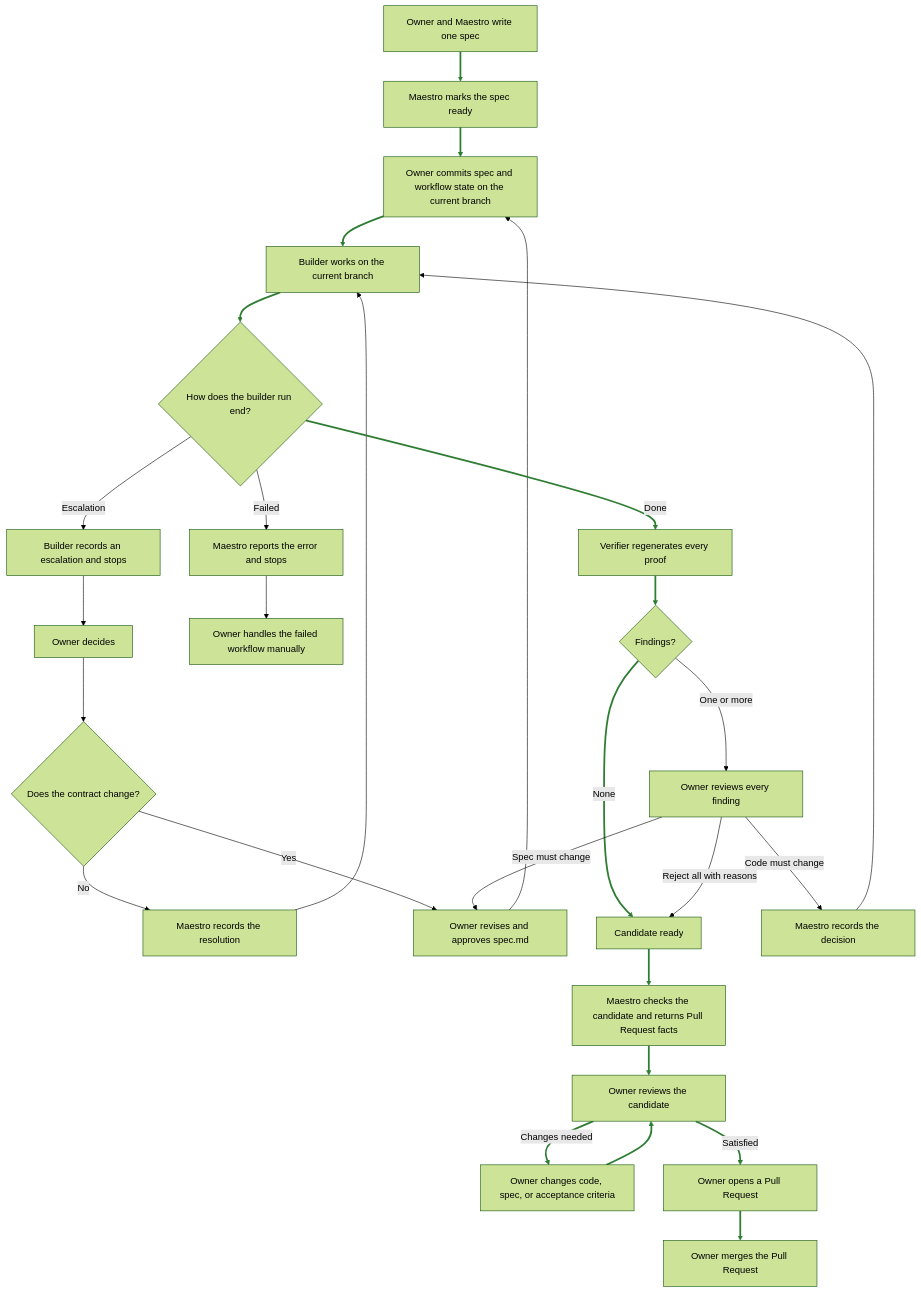
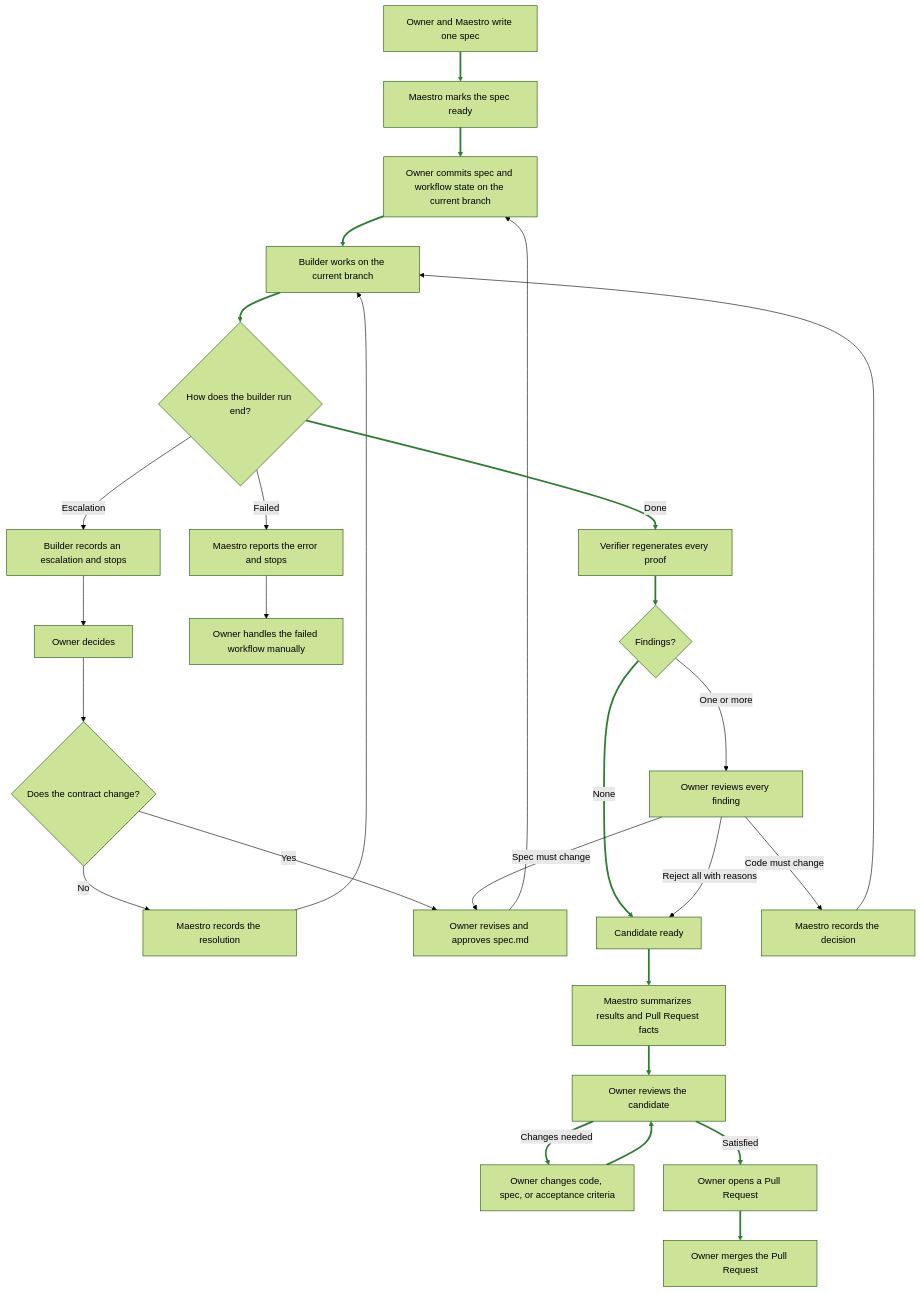
The diagram in docs/workflow.md (emilioSp/pi-maestro), drawn with Mermaid (forest theme) before and after one commit. The commit also changed other lines of this file and 12 other files, not shown here.

````diff
--- a/docs/workflow.md
+++ b/docs/workflow.md
@@ -83,44 +83,44 @@
 ```mermaid
 flowchart TD
     spec[Owner and Maestro write one spec]
     ready[Maestro marks the spec ready]
     approval[Owner commits spec and workflow state on the current branch]
     build[Builder works on the current branch]
     buildOutcome{How does the builder run end?}
 
     spec --> ready
     ready --> approval
     approval --> build
     build --> buildOutcome
 
     buildOutcome -->|Escalation| escalation[Builder records an escalation and stops]
     escalation --> ownerAnswer[Owner decides]
     ownerAnswer --> escalationOutcome{Does the contract change?}
     escalationOutcome -->|No| recordContinue[Maestro records the resolution]
     recordContinue --> build
     escalationOutcome -->|Yes| reviseSpec[Owner revises and approves spec.md]
     reviseSpec --> approval
 
     buildOutcome -->|Failed| builderFailed[Maestro reports the error and stops]
     builderFailed --> abandoned[Owner handles the failed workflow manually]
 
     buildOutcome -->|Done| verify[Verifier regenerates every proof]
     verify --> findings{Findings?}
 
     findings -->|None| candidate[Candidate ready]
     findings -->|One or more| ownerFindings[Owner reviews every finding]
 
     ownerFindings -->|Reject all with reasons| candidate
     ownerFindings -->|Code must change| returnBuilder[Maestro records the decision]
     returnBuilder --> build
     ownerFindings -->|Spec must change| reviseSpec
 
-    candidate --> checkCandidate[Maestro checks the candidate and returns Pull Request facts]
-    checkCandidate --> ownerReview[Owner reviews the candidate]
+    candidate --> summary[Maestro summarizes results and Pull Request facts]
+    summary --> ownerReview[Owner reviews the candidate]
     ownerReview -->|Changes needed| adjust[Owner changes code, spec, or acceptance criteria]
     adjust --> ownerReview
     ownerReview -->|Satisfied| pullRequest[Owner opens a Pull Request]
     pullRequest --> merge[Owner merges the Pull Request]
 
     linkStyle 0,1,2,3,13,14,15,21,22,23,24,25,26 stroke:#2e7d32,stroke-width:3px
 ```
````
